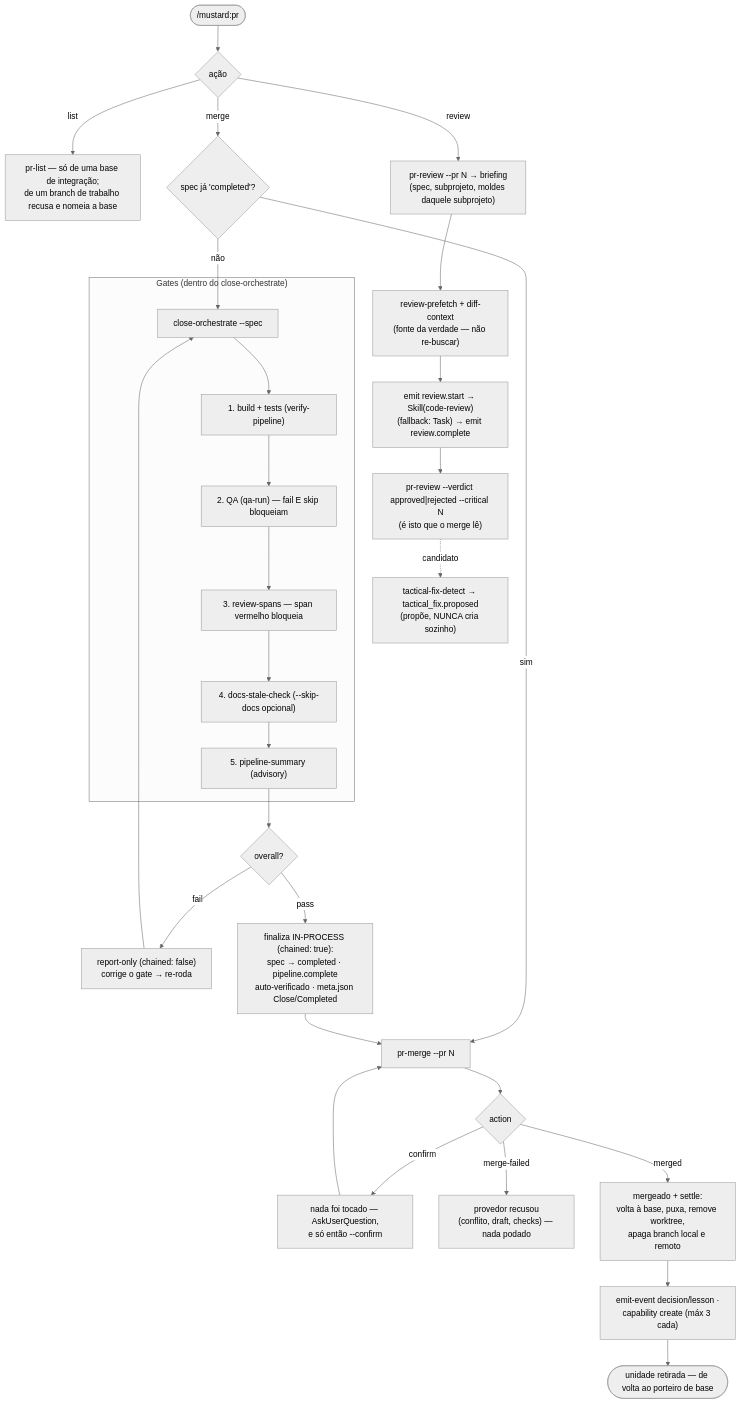
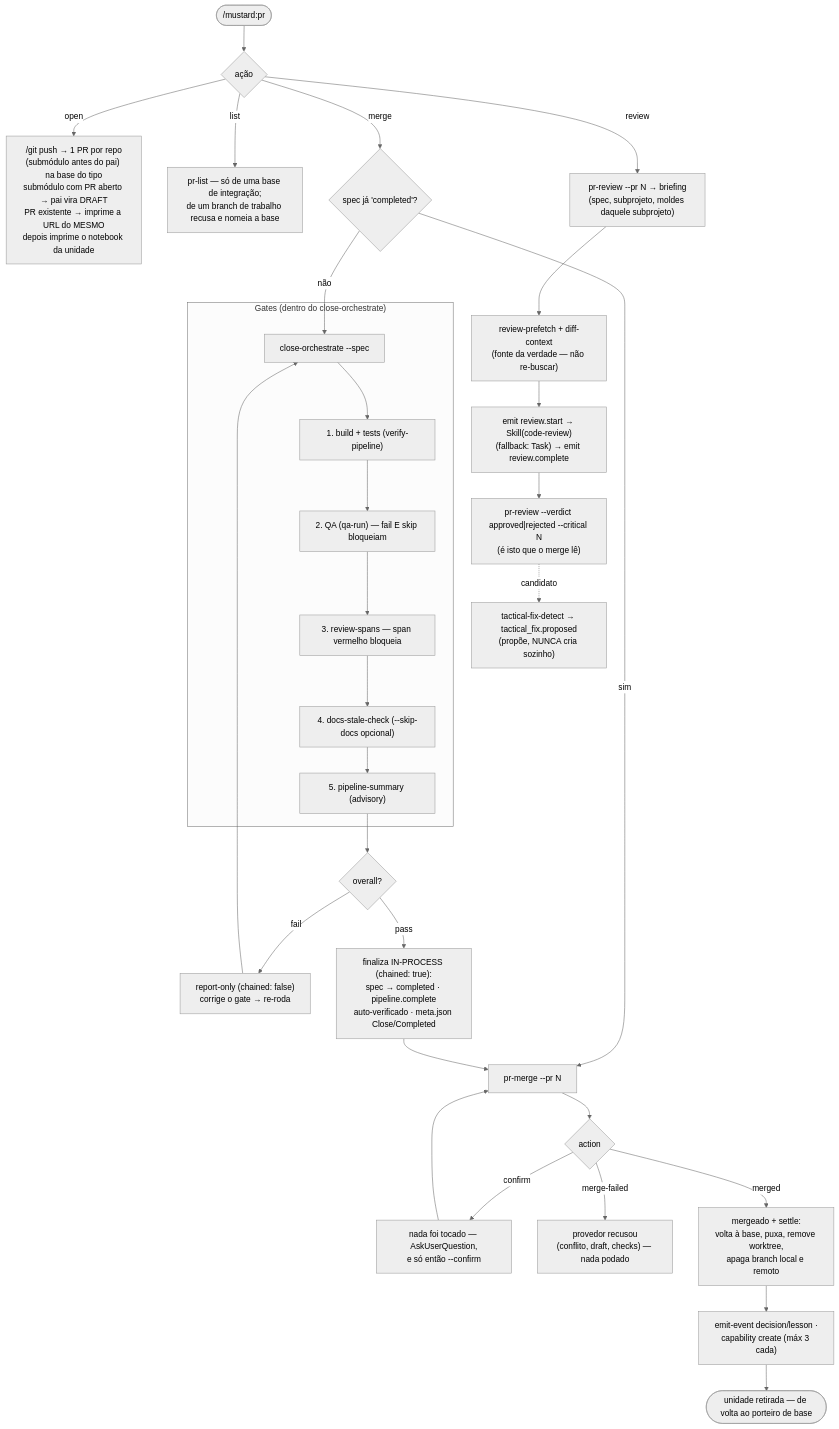
One commit to rubensrpj/mustard changed the eighth of 12 diagrams in MUSTARD-COMMANDS.md. Above: the diagram before and after it, drawn with Mermaid (neutral theme). The commit also changed other lines of this file and 12 other files, not shown here.

````diff
--- a/MUSTARD-COMMANDS.md
+++ b/MUSTARD-COMMANDS.md
@@ -303,38 +305,40 @@
 ```mermaid
 flowchart TD
     start(["/mustard:pr"]) --> act{"ação"}
+
+    act -->|open| open["/git push → 1 PR por repo<br/>(submódulo antes do pai) na base do tipo<br/>submódulo com PR aberto → pai vira DRAFT<br/>PR existente → imprime a URL do MESMO<br/>depois imprime o notebook da unidade"]
 
     act -->|list| list["pr-list — só de uma base de integração;<br/>de um branch de trabalho recusa e nomeia a base"]
 
     act -->|review| brief["pr-review --pr N → briefing<br/>(spec, subprojeto, moldes daquele subprojeto)"]
     brief --> fetch["review-prefetch + diff-context<br/>(fonte da verdade — não re-buscar)"]
     fetch --> skill["emit review.start → Skill(code-review)<br/>(fallback: Task) → emit review.complete"]
     skill --> verdict["pr-review --verdict approved|rejected --critical N<br/>(é isto que o merge lê)"]
     verdict -. candidato .-> tf["tactical-fix-detect → tactical_fix.proposed<br/>(propõe, NUNCA cria sozinho)"]
 
     act -->|merge| pre{"spec já 'completed'?"}
     pre -->|não| orch["close-orchestrate --spec"]
 
     subgraph gates["Gates (dentro do close-orchestrate)"]
         orch --> g1["1. build + tests (verify-pipeline)"]
         g1 --> g2["2. QA (qa-run) — fail E skip bloqueiam"]
         g2 --> g3["3. review-spans — span vermelho bloqueia"]
         g3 --> g4["4. docs-stale-check (--skip-docs opcional)"]
         g4 --> g5["5. pipeline-summary (advisory)"]
     end
 
     g5 --> overall{"overall?"}
     overall -->|fail| report["report-only (chained: false)<br/>corrige o gate → re-roda"]
     report --> orch
     overall -->|pass| chain["finaliza IN-PROCESS (chained: true):<br/>spec → completed · pipeline.complete<br/>auto-verificado · meta.json Close/Completed"]
 
     pre -->|sim| merge
     chain --> merge["pr-merge --pr N"]
     merge --> answer{"action"}
     answer -->|confirm| ask["nada foi tocado — AskUserQuestion,<br/>e só então --confirm"]
     ask --> merge
     answer -->|merge-failed| failed["provedor recusou<br/>(conflito, draft, checks) — nada podado"]
     answer -->|merged| settled["mergeado + settle:<br/>volta à base, puxa, remove worktree,<br/>apaga branch local e remoto"]
     settled --> know["emit-event decision/lesson ·<br/>capability create (máx 3 cada)"]
     know --> done(["unidade retirada — de volta ao porteiro de base"])
 ```
````
